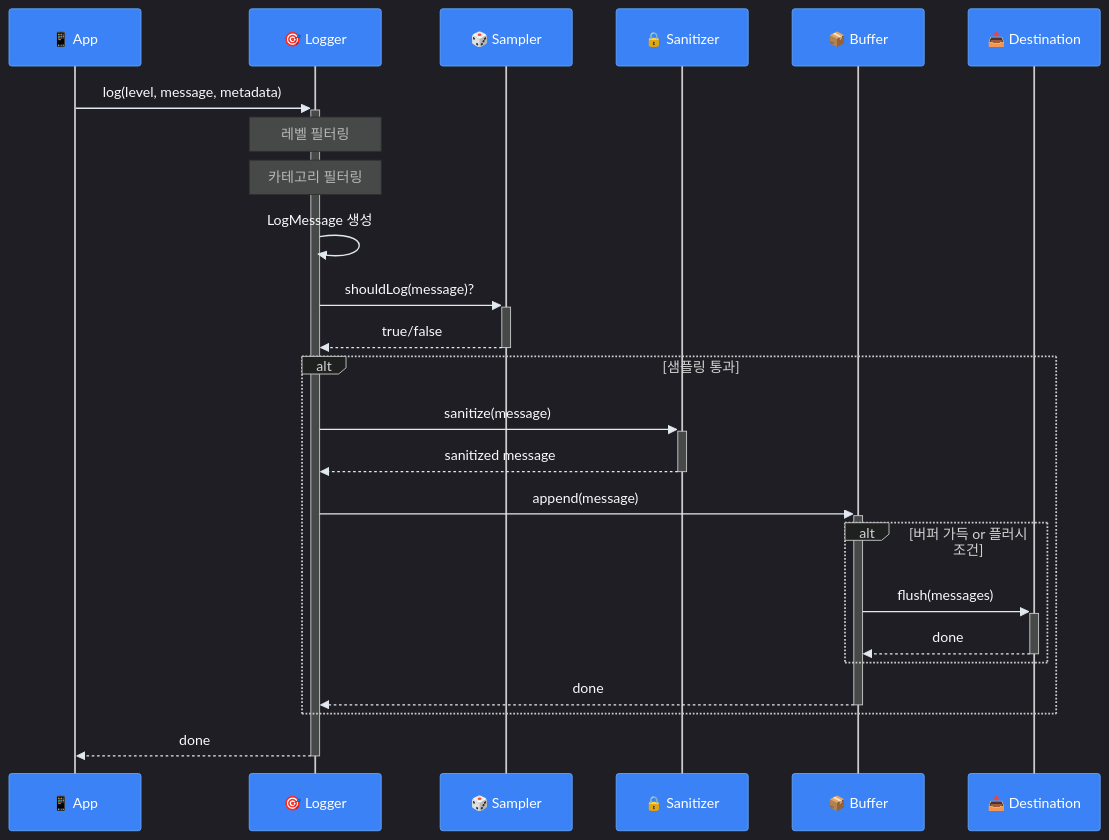
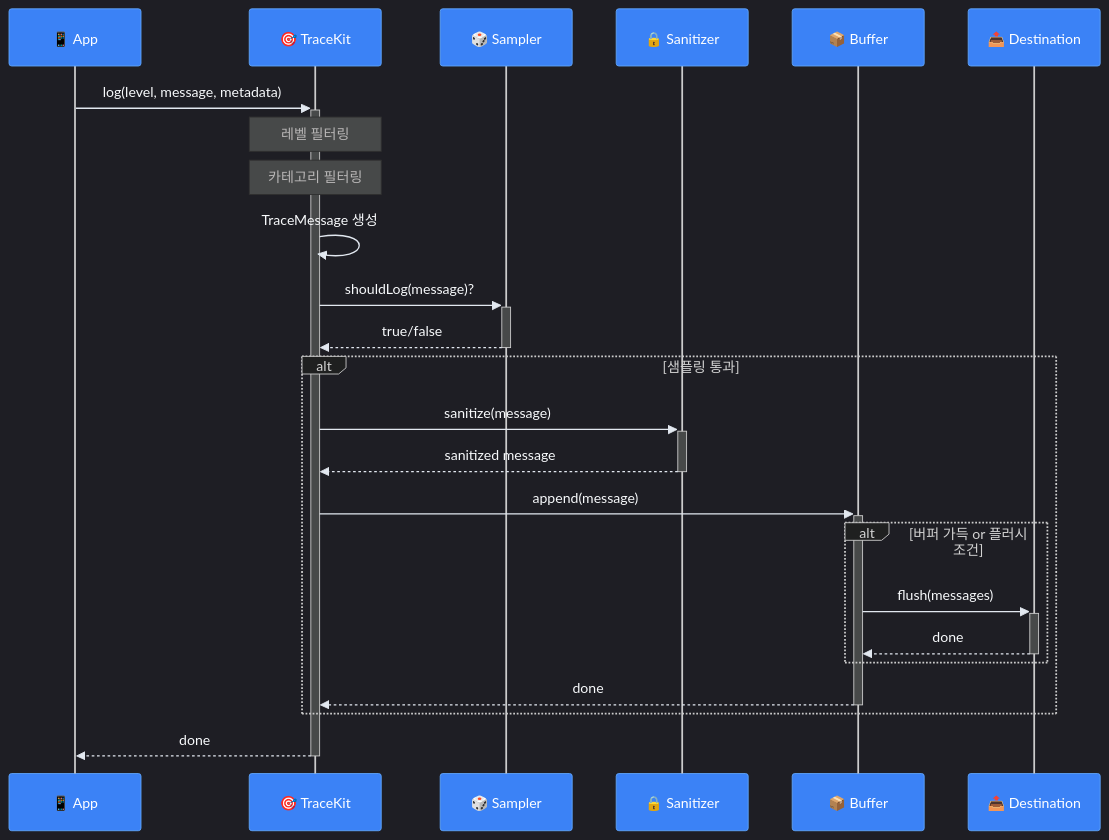
One commit to Jimmy-Jung/TraceKit changed the second of 3 diagrams in Documents/02-아키텍처.md. Above: the diagram before and after it, drawn with Mermaid. The commit also changed other lines of this file and 9 other files, not shown here.

First line of the commit message:
docs: [문서] TraceKit 프로젝트 문서 업데이트

````diff
--- a/Documents/02-아키텍처.md
+++ b/Documents/02-아키텍처.md
@@ -143,45 +143,45 @@
 ```mermaid
 %%{init: {
   'theme': 'dark',
   'themeVariables': {
     'actorBkg': '#3b82f6',
     'actorBorder': '#60a5fa',
     'actorTextColor': '#ffffff',
     'signalColor': '#e2e8f0',
     'signalTextColor': '#f8fafc'
   }
 }}%%
 sequenceDiagram
     participant App as 📱 App
-    participant L as 🎯 Logger
+    participant L as 🎯 TraceKit
     participant S as 🎲 Sampler
     participant M as 🔒 Sanitizer
     participant B as 📦 Buffer
     participant D as 📤 Destination
 
     App->>+L: log(level, message, metadata)
     
     Note over L: 레벨 필터링
     Note over L: 카테고리 필터링
     
-    L->>L: LogMessage 생성
+    L->>L: TraceMessage 생성
     
     L->>+S: shouldLog(message)?
     S-->>-L: true/false
     
     alt 샘플링 통과
         L->>+M: sanitize(message)
         M-->>-L: sanitized message
         
         L->>+B: append(message)
         
         alt 버퍼 가득 or 플러시 조건
             B->>+D: flush(messages)
             D-->>-B: done
         end
         
         B-->>-L: done
     end
     
     L-->>-App: done
 ```
````
